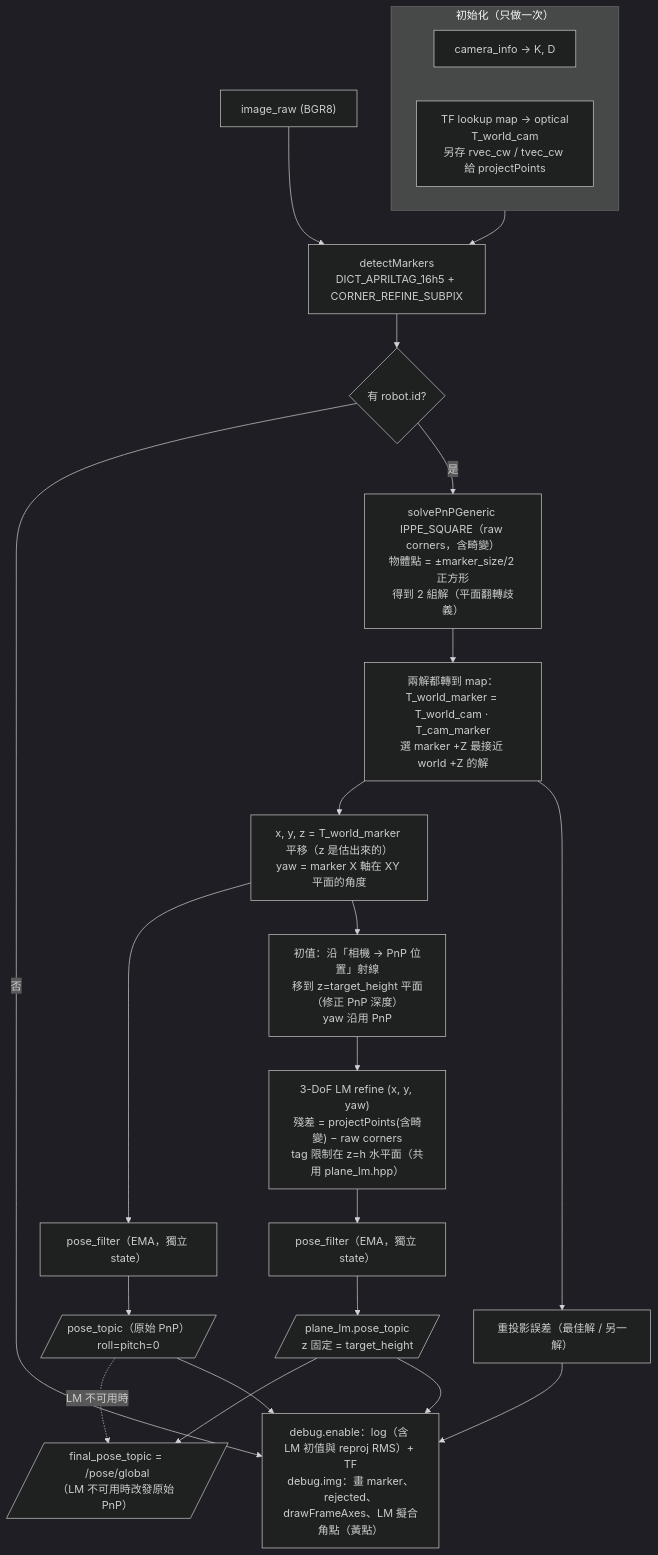
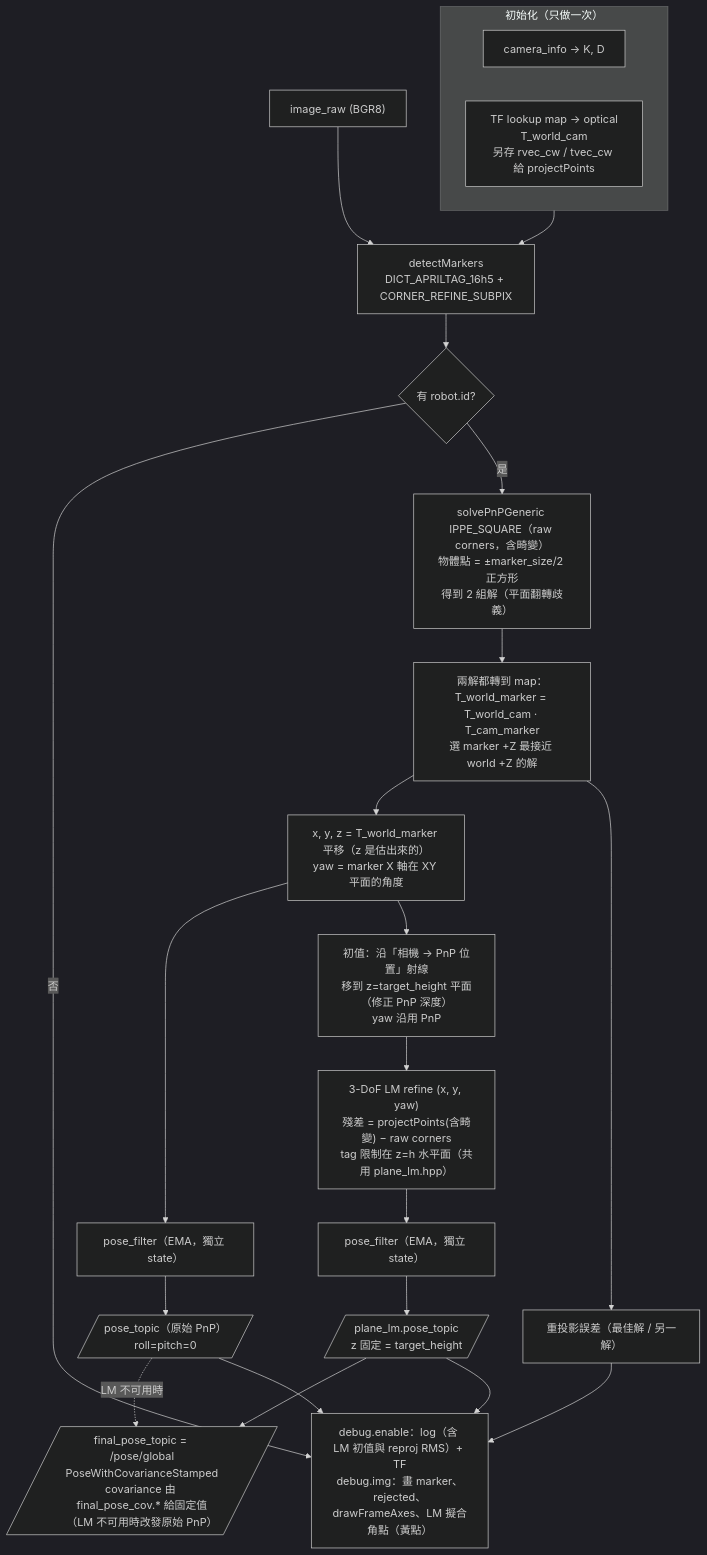
Before and after one commit to Latuuuuu/Hackathon-vision-server-localization: the third of 5 diagrams in FLOW.md, drawn with Mermaid (dark theme). The commit also changed other lines of this file and 6 other files, not shown here.

````diff
--- a/FLOW.md
+++ b/FLOW.md
@@ -94,30 +98,30 @@
 ```mermaid
 flowchart TD
     subgraph INIT["初始化（只做一次）"]
         CI["camera_info → K, D"]
         TFL["TF lookup map → optical<br/>T_world_cam<br/>另存 rvec_cw / tvec_cw 給 projectPoints"]
     end
 
     IMG["image_raw (BGR8)"] --> DET["detectMarkers<br/>DICT_APRILTAG_16h5 + CORNER_REFINE_SUBPIX"]
     INIT --> DET
     DET --> SEL{"有 robot.id?"}
     SEL -- 否 --> DBG
     SEL -- 是 --> PNP["solvePnPGeneric IPPE_SQUARE（raw corners，含畸變）<br/>物體點 = ±marker_size/2 正方形<br/>得到 2 組解（平面翻轉歧義）"]
     PNP --> PICK["兩解都轉到 map：T_world_marker = T_world_cam · T_cam_marker<br/>選 marker +Z 最接近 world +Z 的解"]
     PICK --> POSE["x, y, z = T_world_marker 平移（z 是估出來的）<br/>yaw = marker X 軸在 XY 平面的角度"]
     POSE --> F1["pose_filter（EMA，獨立 state）"]
     F1 --> P1[/"pose_topic（原始 PnP）<br/>roll=pitch=0"/]
     PICK --> ERR["重投影誤差（最佳解 / 另一解）"]
 
     POSE --> RAY["初值：沿「相機 → PnP 位置」射線<br/>移到 z=target_height 平面（修正 PnP 深度）<br/>yaw 沿用 PnP"]
     RAY --> LM["3-DoF LM refine (x, y, yaw)<br/>殘差 = projectPoints(含畸變) − raw corners<br/>tag 限制在 z=h 水平面（共用 plane_lm.hpp）"]
     LM --> F2["pose_filter（EMA，獨立 state）"]
     F2 --> P2[/"plane_lm.pose_topic<br/>z 固定 = target_height"/]
-    P2 --> PF[/"final_pose_topic = /pose/global<br/>（LM 不可用時改發原始 PnP）"/]
+    P2 --> PF[/"final_pose_topic = /pose/global<br/>PoseWithCovarianceStamped<br/>covariance 由 final_pose_cov.* 給固定值<br/>（LM 不可用時改發原始 PnP）"/]
     P1 -. "LM 不可用時" .-> PF
 
     P1 --> DBG
     P2 --> DBG
     ERR --> DBG
     DBG["debug.enable：log（含 LM 初值與 reproj RMS）+ TF<br/>debug.img：畫 marker、rejected、drawFrameAxes、LM 擬合角點（黃點）"]
 ```
````
